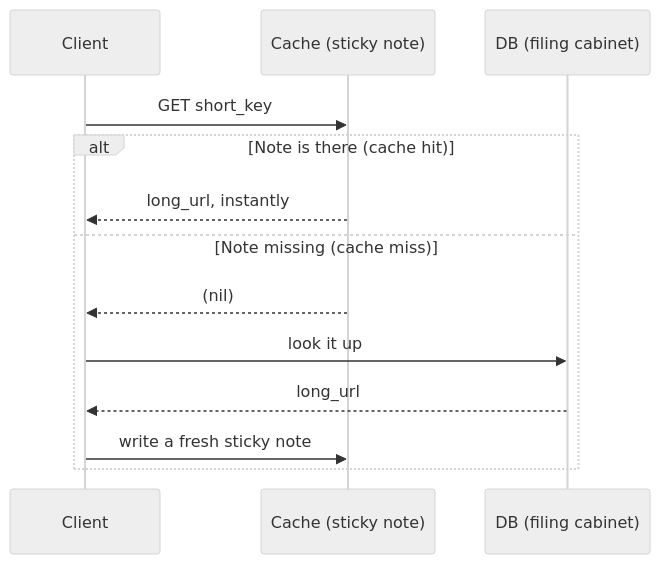
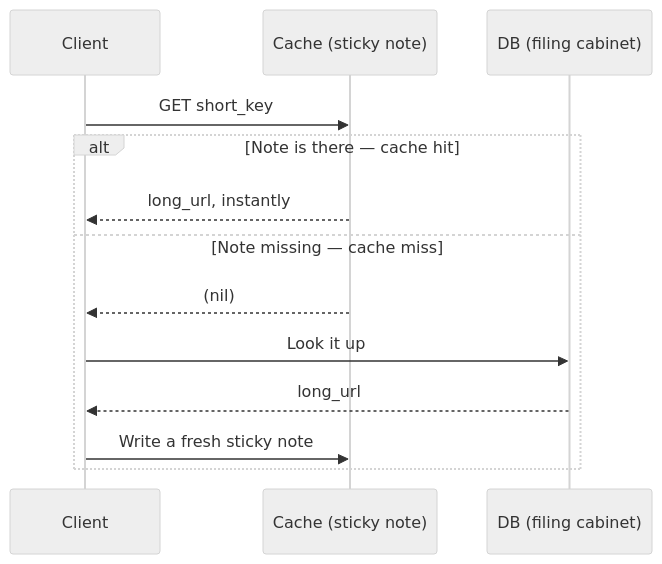
Before and after one commit to riyaz-pasha/Learnings: the seventh of 13 diagrams in system-design/HLD/0-course/34-Design a URL Shortening Service - TinyURL-FAANG-Guide-story.md, drawn with Mermaid (neutral theme). The commit also changed other lines of this file and 5 other files, not shown here.

Commit message:
[REWRITE] Design Newsfeed story guide: simplify prose, add structure, fix diagrams

````diff
--- a/system-design/HLD/0-course/34-Design a URL Shortening Service - TinyURL-FAANG-Guide-story.md
+++ b/system-design/HLD/0-course/34-Design a URL Shortening Service - TinyURL-FAANG-Guide-story.md
@@ -163,15 +335,15 @@
 ```mermaid
 sequenceDiagram
     participant C as Client
     participant Cache as Cache (sticky note)
     participant DB as DB (filing cabinet)
     C->>Cache: GET short_key
-    alt Note is there (cache hit)
+    alt Note is there — cache hit
         Cache-->>C: long_url, instantly
-    else Note missing (cache miss)
+    else Note missing — cache miss
         Cache-->>C: (nil)
-        C->>DB: look it up
+        C->>DB: Look it up
         DB-->>C: long_url
-        C->>Cache: write a fresh sticky note
+        C->>Cache: Write a fresh sticky note
     end
 ```
````
